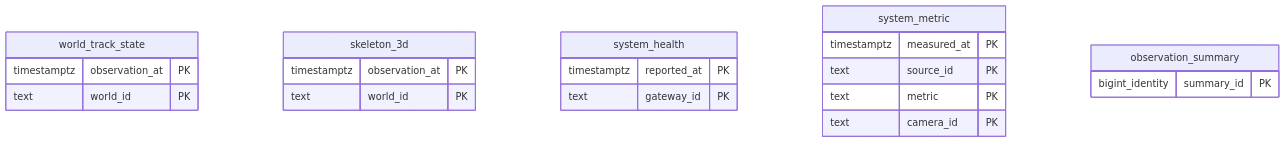
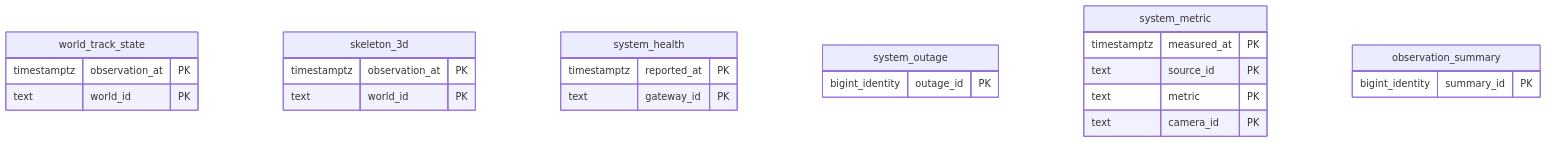
Before and after one commit to Janjonghwa/simai: the fifth of 13 diagrams in docs/design/db-erd.md, drawn with Mermaid. The commit also changed other lines of this file and 2 other files, not shown here.

Commit message:
[S15P31A101-318] DB 표 정의와 ERD 를 마이그레이션 V1~V13 에 맞춘다(새 테이블 5개 절, 컬럼·유일 키 추가, 전체 관계를 실제 51개 테이블로)

````diff
--- a/docs/design/db-erd.md
+++ b/docs/design/db-erd.md
@@ -335,24 +371,27 @@
 ```mermaid
 erDiagram
     world_track_state {
         timestamptz observation_at PK
         text world_id PK
     }
     skeleton_3d {
         timestamptz observation_at PK
         text world_id PK
     }
     system_health {
         timestamptz reported_at PK
         text gateway_id PK
     }
+    system_outage {
+        bigint_identity outage_id PK
+    }
     system_metric {
         timestamptz measured_at PK
         text source_id PK
         text metric PK
         text camera_id PK
     }
     observation_summary {
         bigint_identity summary_id PK
     }
 ```
````
